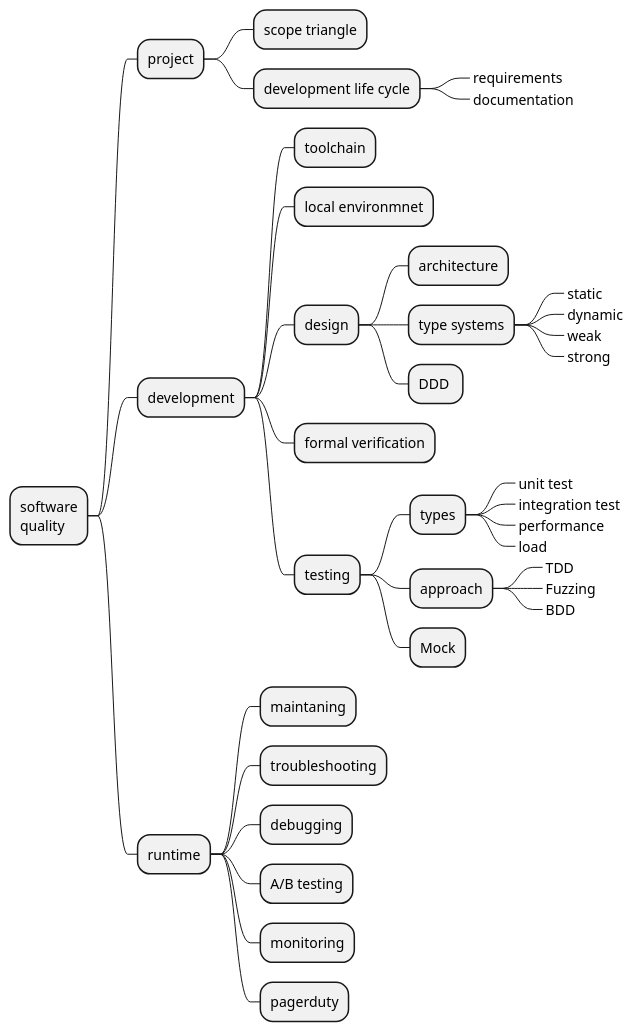
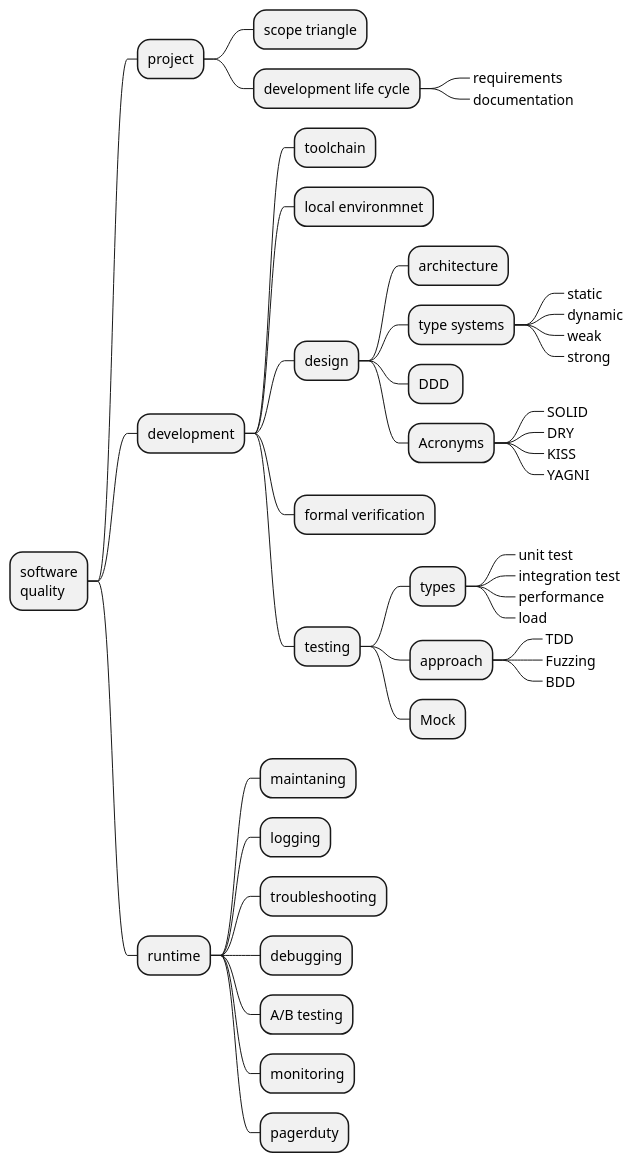
One commit to levplotkin/code-quality-roadmap changed the diagram in software-quality-roadmap.iuml. Above: the diagram before and after it, drawn with PlantUML.

```diff
--- a/software-quality-roadmap.iuml
+++ b/software-quality-roadmap.iuml
@@ -1,38 +1,44 @@
 @startmindmap
 * software\nquality
  * project
   * scope triangle
   * development life cycle
    *_ requirements
    *_ documentation
  * development
   * toolchain
   * local environmnet
   * design
    * architecture
    * type systems
     *_ static
     *_ dynamic
     *_ weak
     *_ strong
    * DDD 
+   * Acronyms
+    *_ SOLID
+    *_ DRY
+    *_ KISS
+    *_ YAGNI
   * formal verification
   * testing
    * types
     *_ unit test
     *_ integration test
     *_ performance
     *_ load
    * approach
     *_ TDD
     *_ Fuzzing
     *_ BDD
    * Mock
  * runtime
   * maintaning
+  * logging
   * troubleshooting
   * debugging
   * A/B testing
   * monitoring
   * pagerduty
 @endmindmap
```
